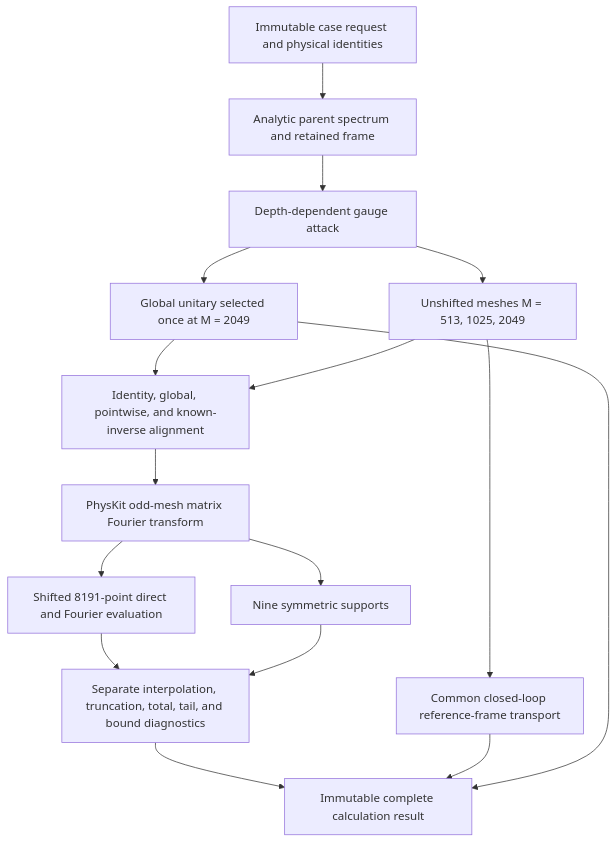
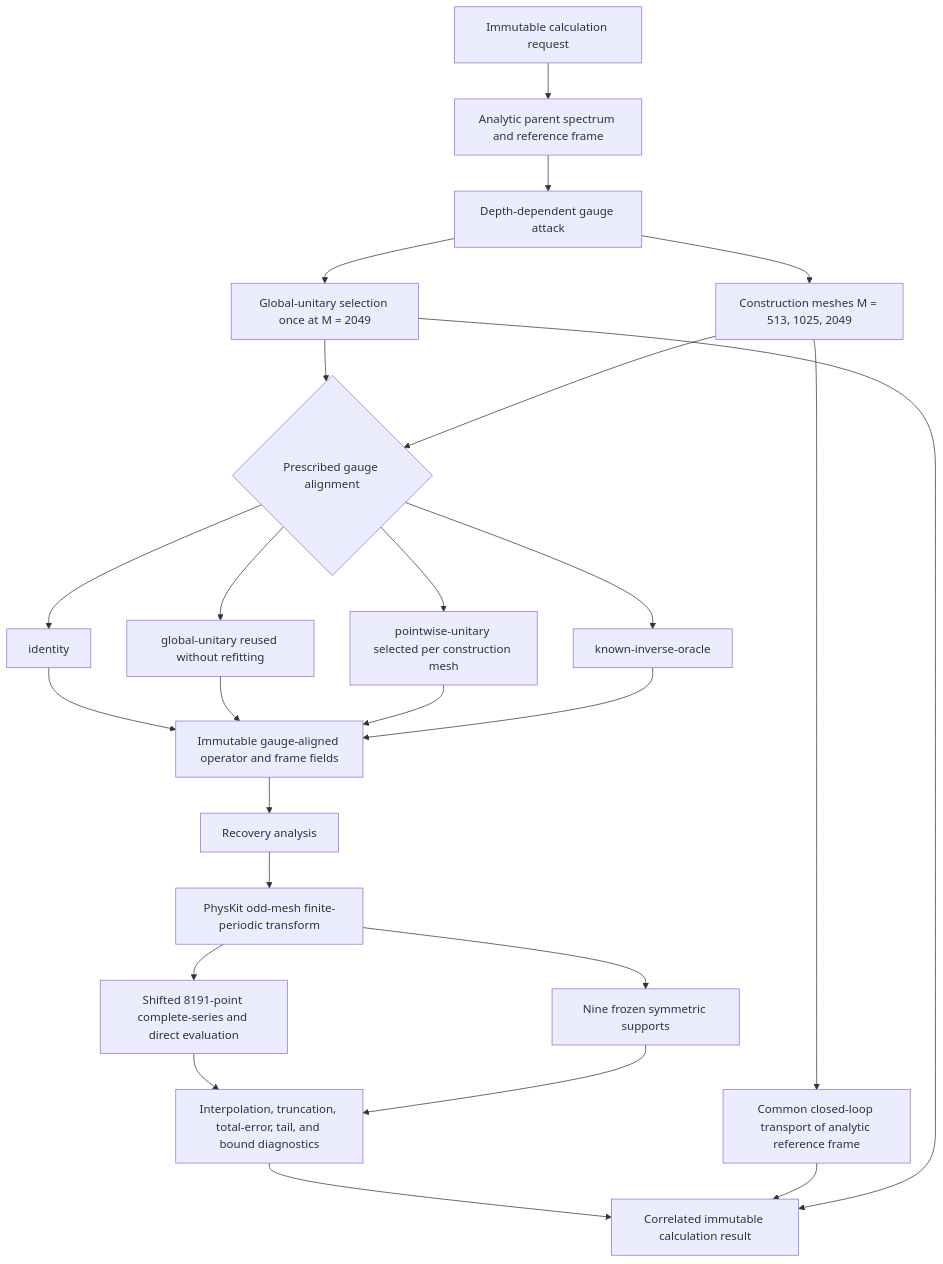
The first of 4 diagrams in docs/architecture/v3/ksdft2effmass/periodic1d/higher_rank_alignment/schematics.md (eragasa/ksdft2effmass), drawn with Mermaid before and after one commit. The commit also changed other lines of this file and 55 other files, not shown here.

Commit message:
Refactor higher-rank gauge alignment architecture

````diff
--- a/docs/architecture/v3/ksdft2effmass/periodic1d/higher_rank_alignment/schematics.md
+++ b/docs/architecture/v3/ksdft2effmass/periodic1d/higher_rank_alignment/schematics.md
@@ -5,28 +5,38 @@
 ```mermaid
 flowchart TD
-    Q[Immutable case request and physical identities]
-    P[Analytic parent spectrum and retained frame]
+    Q[Immutable calculation request]
+    P[Analytic parent spectrum and reference frame]
     G[Depth-dependent gauge attack]
-    GS[Global unitary selected once at M = 2049]
-    M[Unshifted meshes M = 513, 1025, 2049]
-    T[Common closed-loop reference-frame transport]
-    A[Identity, global, pointwise, and known-inverse alignment]
-    F[PhysKit odd-mesh matrix Fourier transform]
-    E[Shifted 8191-point direct and Fourier evaluation]
-    S[Nine symmetric supports]
-    D[Separate interpolation, truncation, total, tail, and bound diagnostics]
-    R[Immutable complete calculation result]
+    GS[Global-unitary selection once at M = 2049]
+    M[Construction meshes M = 513, 1025, 2049]
+    T[Common closed-loop transport of analytic reference frame]
+    A{Prescribed gauge alignment}
+    IDENTITY[identity]
+    GLOBAL[global-unitary reused without refitting]
+    POINTWISE[pointwise-unitary selected per construction mesh]
+    ORACLE[known-inverse-oracle]
+    F[Immutable gauge-aligned operator and frame fields]
+    R[Recovery analysis]
+    FT[PhysKit odd-mesh finite-periodic transform]
+    E[Shifted 8191-point complete-series and direct evaluation]
+    S[Nine frozen symmetric supports]
+    D[Interpolation, truncation, total-error, tail, and bound diagnostics]
+    O[Correlated immutable calculation result]
 
     Q --> P --> G
     G --> GS
     G --> M
+    M --> T
     GS --> A
-    M --> T
     M --> A
-    A --> F --> E
-    F --> S
+    A --> IDENTITY --> F
+    A --> GLOBAL --> F
+    A --> POINTWISE --> F
+    A --> ORACLE --> F
+    F --> R --> FT --> E
+    FT --> S
     E --> D
-    S --> D --> R
-    T --> R
-    GS --> R
+    S --> D --> O
+    T --> O
+    GS --> O
 ```
````
